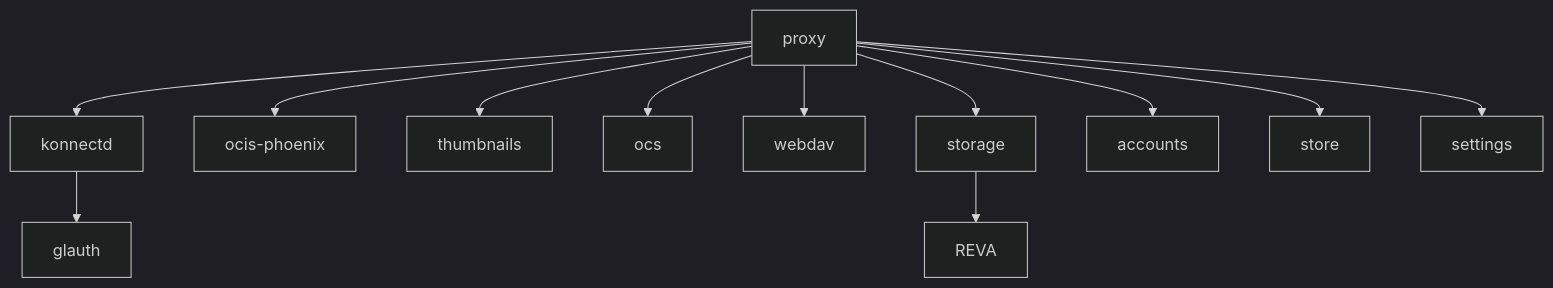
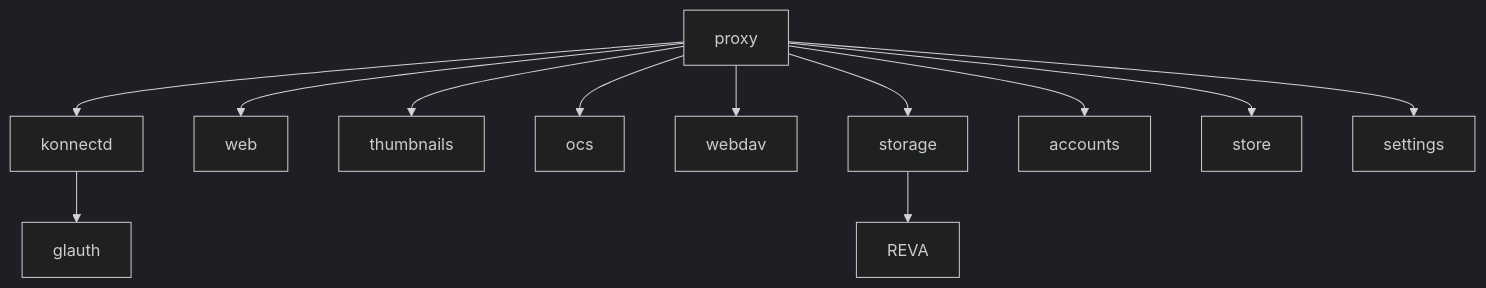
Before and after one commit to owncloud/ocis: the diagram in docs/ocis/_index.md, drawn with Mermaid (dark theme). The commit also changed 102 other files, not shown here.

Commit message:
Rename ocis-phoenix to ocis-web

```diff
--- a/docs/ocis/_index.md
+++ b/docs/ocis/_index.md
@@ -24,10 +24,10 @@
 {{< mermaid class="text-center">}}
 graph TD
 proxy -->
-    konnectd & ocis-phoenix & thumbnails & ocs & webdav & storage & accounts & store & settings
+    konnectd & web & thumbnails & ocs & webdav & storage & accounts & store & settings
 
 konnectd --> glauth
 
 storage --> REVA
 
 {{< /mermaid >}}
```
